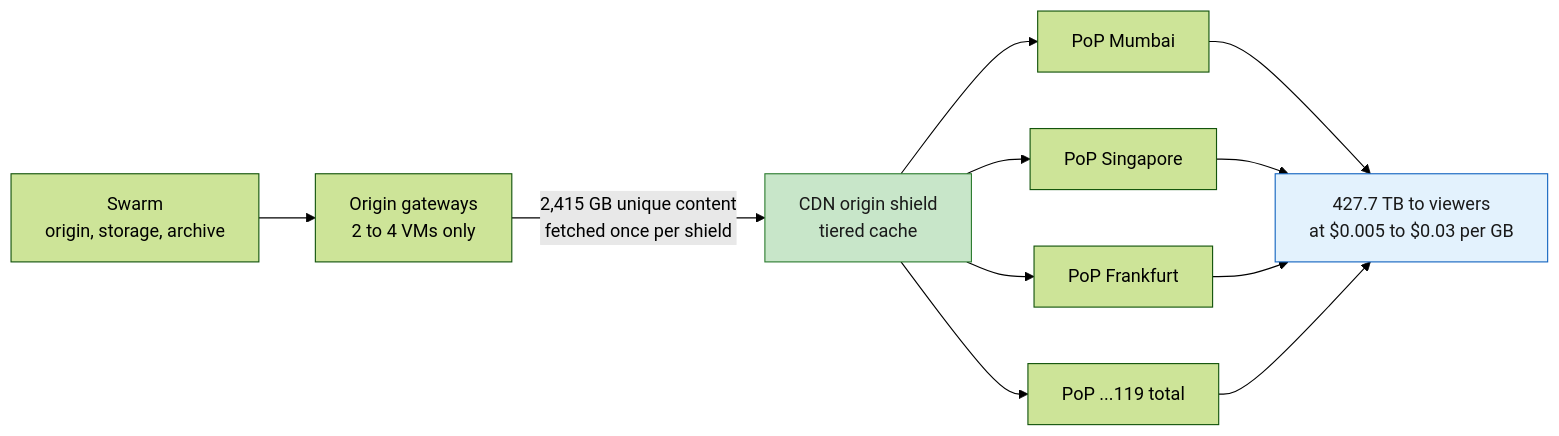
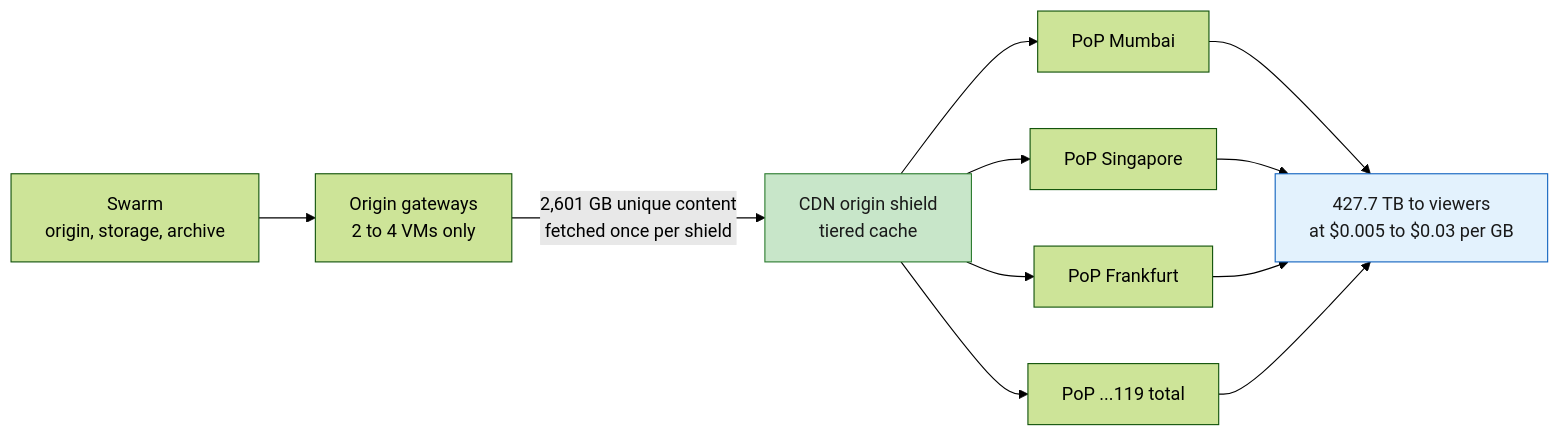
Diagram 20 of 23 in docs/architecture-plan.md (Solar-Punk-Ltd/devcon-streaming-partnership), drawn with Mermaid (forest theme) before and after one commit. The commit also changed other lines of this file, not shown here.

````diff
--- a/docs/architecture-plan.md
+++ b/docs/architecture-plan.md
@@ -1113,15 +1129,15 @@
 ```mermaid
 flowchart LR
     S["Swarm<br/>origin, storage, archive"] --> O["Origin gateways<br/>2 to 4 VMs only"]
-    O -->|"2,415 GB unique content<br/>fetched once per shield"| SH["CDN origin shield<br/>tiered cache"]
+    O -->|"2,601 GB unique content<br/>fetched once per shield"| SH["CDN origin shield<br/>tiered cache"]
     SH --> P1["PoP Mumbai"]
     SH --> P2["PoP Singapore"]
     SH --> P3["PoP Frankfurt"]
     SH --> P4["PoP ...119 total"]
     P1 --> V["427.7 TB to viewers<br/>at $0.005 to $0.03 per GB"]
     P2 --> V
     P3 --> V
     P4 --> V
     style SH fill:#c8e6c9,stroke:#2e7d32,color:#1a1a1a
     style V fill:#e3f2fd,stroke:#1565c0,color:#1a1a1a
 ```
````
